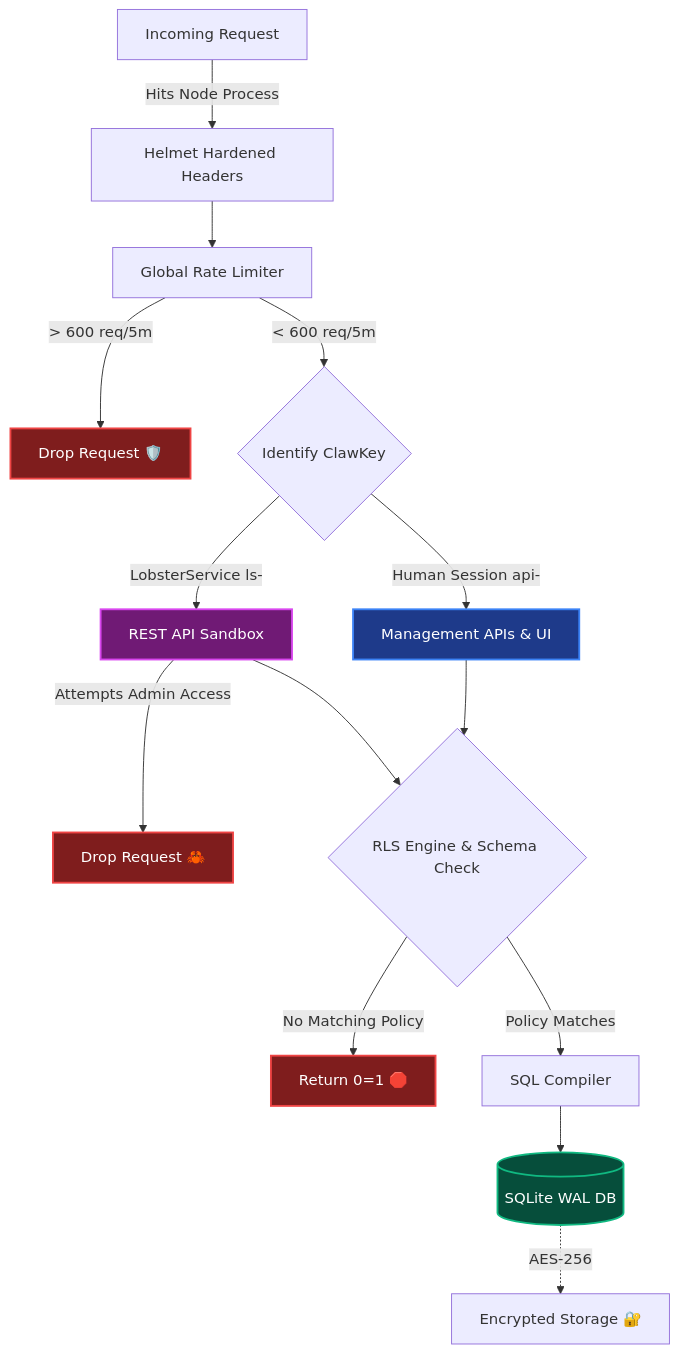
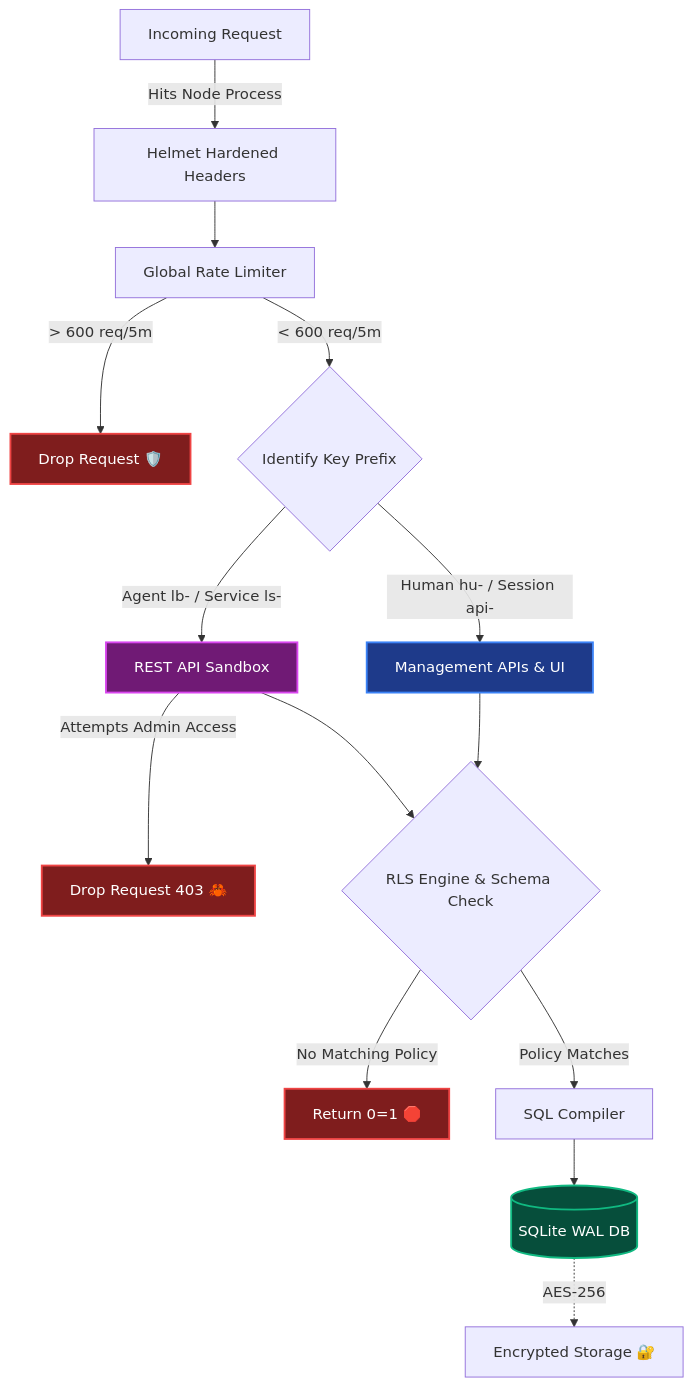
The diagram in SECURITY.md (ClawStackStudios/CaraBase), drawn with Mermaid before and after one commit. The commit also changed other lines of this file and 13 other files, not shown here.

````diff
--- a/SECURITY.md
+++ b/SECURITY.md
@@ -22,28 +22,28 @@
 ```mermaid
 graph TD
     classDef shield fill:#1a1a1a,stroke:#3b82f6,stroke-width:2px,color:#fff
     classDef reject fill:#7f1d1d,stroke:#ef4444,stroke-width:2px,color:#fff
     classDef db fill:#064e3b,stroke:#10b981,stroke-width:2px,color:#fff
     classDef agent fill:#701a75,stroke:#d946ef,stroke-width:2px,color:#fff
     classDef human fill:#1e3a8a,stroke:#3b82f6,stroke-width:2px,color:#fff
 
     A[Incoming Request] -->|Hits Node Process| B[Helmet Hardened Headers]
     B --> C[Global Rate Limiter]
     
     C -->|> 600 req/5m| Reject1[Drop Request 🛡️]:::reject
-    C -->|< 600 req/5m| D{Identify ClawKey}
+    C -->|< 600 req/5m| D{Identify Key Prefix}
     
-    D -->|Human Session api-| E[Management APIs & UI]:::human
-    D -->|LobsterService ls-| F[REST API Sandbox]:::agent
+    D -->|Human hu- / Session api-| E[Management APIs & UI]:::human
+    D -->|Agent lb- / Service ls-| F[REST API Sandbox]:::agent
     
-    F -->|Attempts Admin Access| Reject2[Drop Request 🦀]:::reject
+    F -->|Attempts Admin Access| Reject2[Drop Request 403 🦀]:::reject
     
     E --> G{RLS Engine & Schema Check}
     F --> G
     
     G -->|No Matching Policy| Reject3[Return 0=1 🛑]:::reject
     G -->|Policy Matches| H[SQL Compiler]
     
     H --> I[(SQLite WAL DB)]:::db
     I -.->|AES-256| J[Encrypted Storage 🔐]
 ```
````
